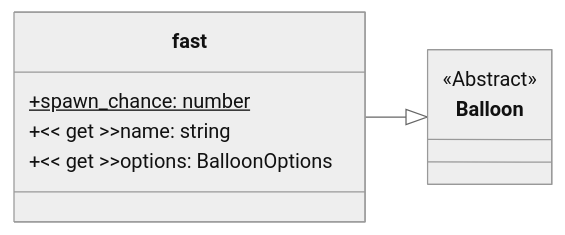
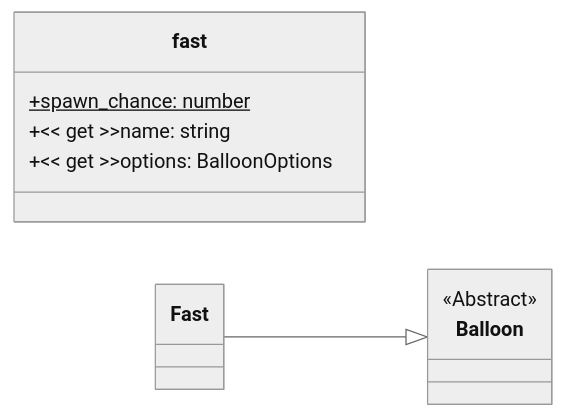
Before and after one commit to SimonStnn/pop-a-loon: the diagram in docs/balloons/fast.md, drawn with Mermaid (neutral theme). The commit also changed other lines of this file and 2 other files, not shown here.

````diff
--- a/docs/balloons/fast.md
+++ b/docs/balloons/fast.md
@@ -5,13 +5,13 @@
 ```mermaid
 classDiagram
 direction LR
 class Balloon { <<Abstract>> }
 click Balloon href "#abstract-balloon-class" "Abstract balloon class"
 
 class fast {
   +spawn_chance: number$
   +<< get >>name: string
   +<< get >>options: BalloonOptions
 }
-fast --|> Balloon
+Fast --|> Balloon
 ```
````
